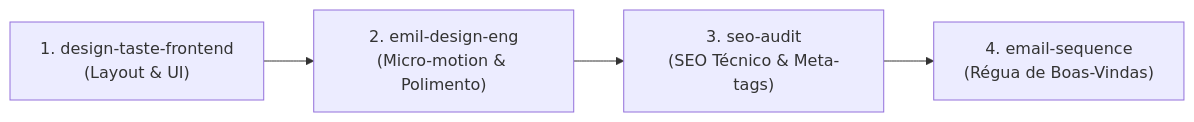
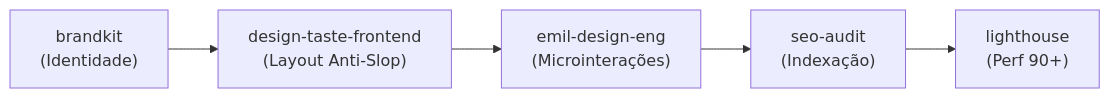
The first of 6 diagrams in CEREBRO.md (Henrique1601/SkiilsToIAs), drawn with Mermaid before and after one commit. The commit also changed other lines of this file and 257 other files, not shown here.

````diff
--- a/CEREBRO.md
+++ b/CEREBRO.md
@@ -92,10 +97,7 @@
 ```mermaid
 flowchart LR
-    A["1. design-taste-frontend
-(Layout & UI)"] --> B["2. emil-design-eng
-(Micro-motion & Polimento)"]
-    B --> C["3. seo-audit
-(SEO Técnico & Meta-tags)"]
-    C --> D["4. email-sequence
-(Régua de Boas-Vindas)"]
+    A["brandkit<br/>(Identidade)"] --> B["design-taste-frontend<br/>(Layout Anti-Slop)"]
+    B --> C["emil-design-eng<br/>(Microinterações)"]
+    C --> D["seo-audit<br/>(Indexação)"]
+    D --> E["lighthouse<br/>(Perf 90+)"]
 ```
````
